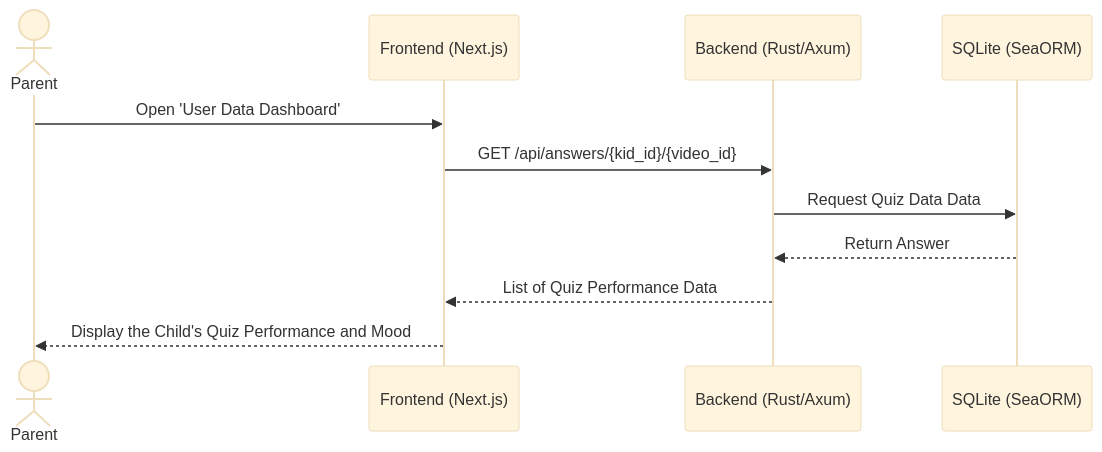
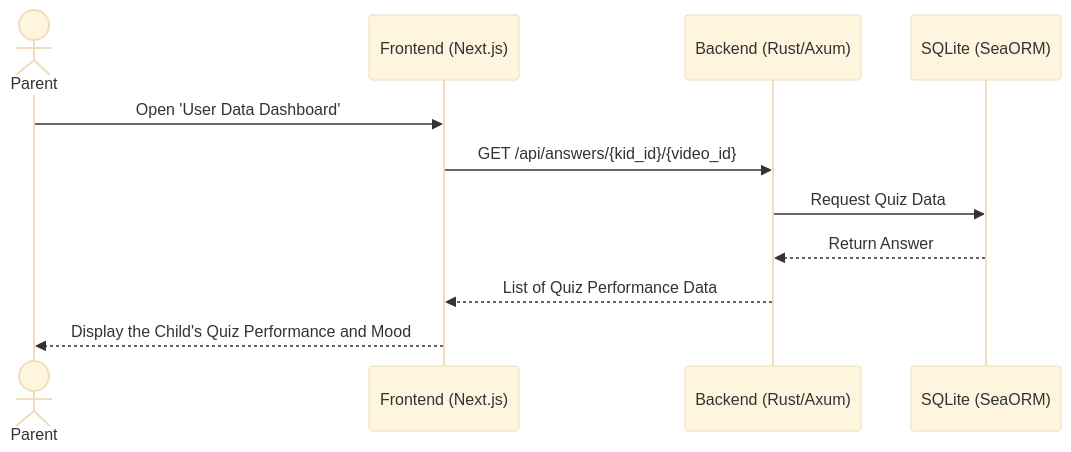
Before and after one commit to Capstone-Projects-2026-spring/piggyback-learning-2: the fourth of 5 diagrams in documentation/docs/requirements/use-case-descriptions.md, drawn with Mermaid (base theme).

Commit message:
Fix typo in use case description.

````diff
--- a/documentation/docs/requirements/use-case-descriptions.md
+++ b/documentation/docs/requirements/use-case-descriptions.md
@@ -144,15 +144,15 @@
 ```mermaid
 sequenceDiagram
     actor Parent
     participant WebApp as Frontend (Next.js)
     participant API as Backend (Rust/Axum)
     participant DB as SQLite (SeaORM)
 
     Parent->>WebApp: Open 'User Data Dashboard'
     WebApp->>API: GET /api/answers/{kid_id}/{video_id}
-    API->>DB:  Request Quiz Data Data
+    API->>DB:  Request Quiz Data
     DB-->>API: Return Answer
     
     API-->>WebApp: List of Quiz Performance Data
     WebApp-->>Parent: Display the Child's Quiz Performance and Mood 
 ```
````
